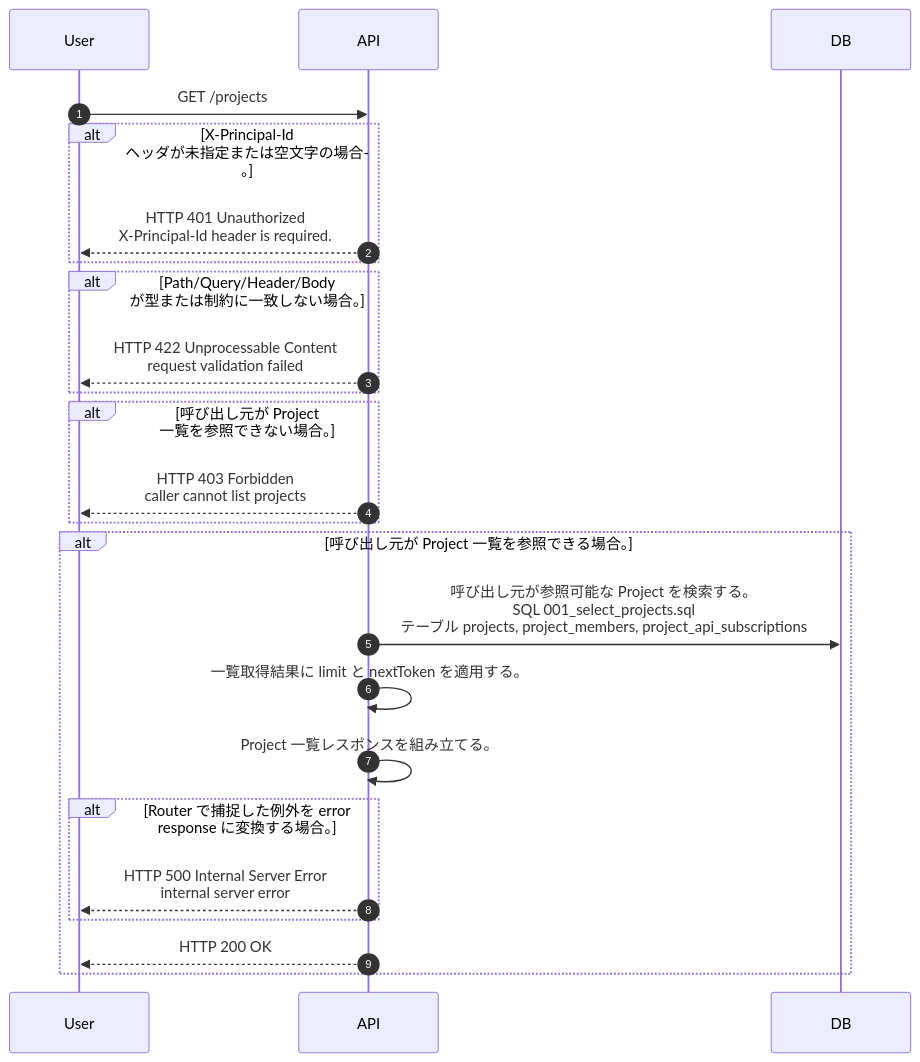
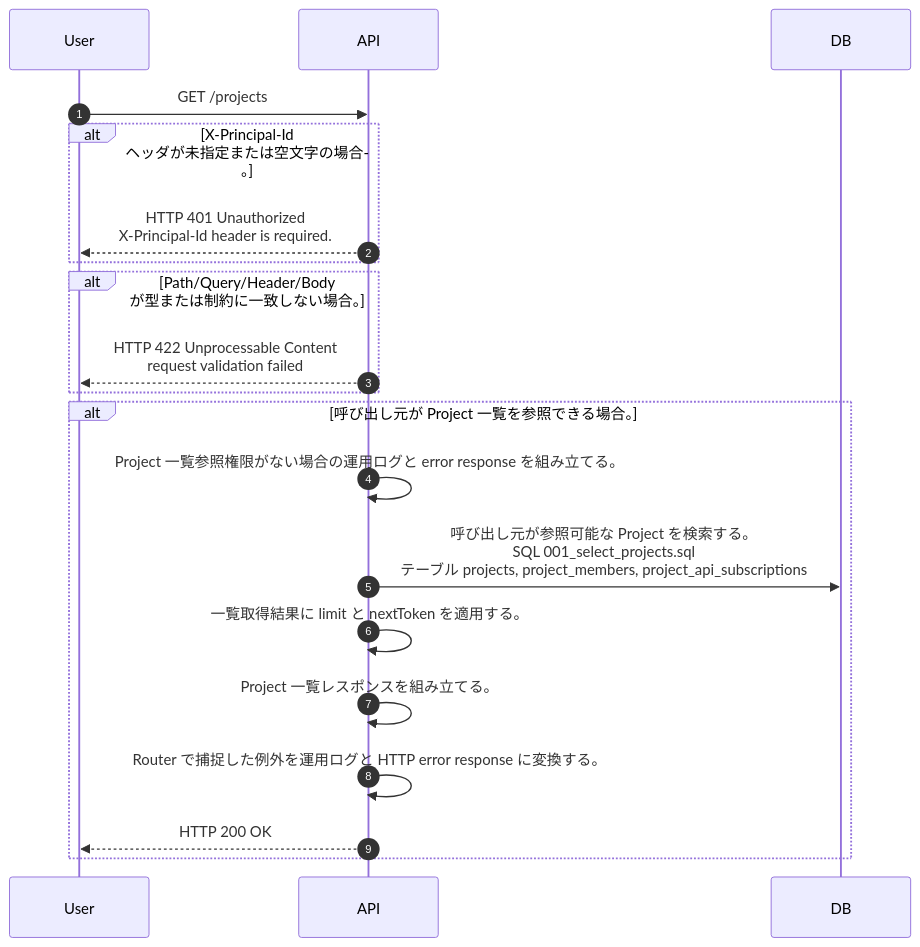
One commit to tsuji-tomonori/lazunex changed the diagram in docs/spec/40.apis/projects/list_projects/sequence_gen.md. Above: the diagram before and after it, drawn with Mermaid. The commit also changed 107 other files, not shown here.

````diff
--- a/docs/spec/40.apis/projects/list_projects/sequence_gen.md
+++ b/docs/spec/40.apis/projects/list_projects/sequence_gen.md
@@ -5,26 +5,22 @@
 ```mermaid
 sequenceDiagram
   autonumber
   participant User as User
   participant API as API
   participant DB as DB
   User->>API: GET /projects
   alt X-Principal-Id ヘッダが未指定または空文字の場合。
     API-->>User: HTTP 401 Unauthorized<br/>X-Principal-Id header is required.
   end
   alt Path/Query/Header/Body が型または制約に一致しない場合。
     API-->>User: HTTP 422 Unprocessable Content<br/>request validation failed
   end
-  alt 呼び出し元が Project 一覧を参照できない場合。
-    API-->>User: HTTP 403 Forbidden<br/>caller cannot list projects
-  end
   alt 呼び出し元が Project 一覧を参照できる場合。
+    API->>API: Project 一覧参照権限がない場合の運用ログと error response を組み立てる。
     API->>DB: 呼び出し元が参照可能な Project を検索する。<br/>SQL 001_select_projects.sql<br/>テーブル projects, project_members, project_api_subscriptions
     API->>API: 一覧取得結果に limit と nextToken を適用する。
     API->>API: Project 一覧レスポンスを組み立てる。
-    alt Router で捕捉した例外を error response に変換する場合。
-      API-->>User: HTTP 500 Internal Server Error<br/>internal server error
-    end
+    API->>API: Router で捕捉した例外を運用ログと HTTP error response に変換する。
     API-->>User: HTTP 200 OK
   end
 ```
````
